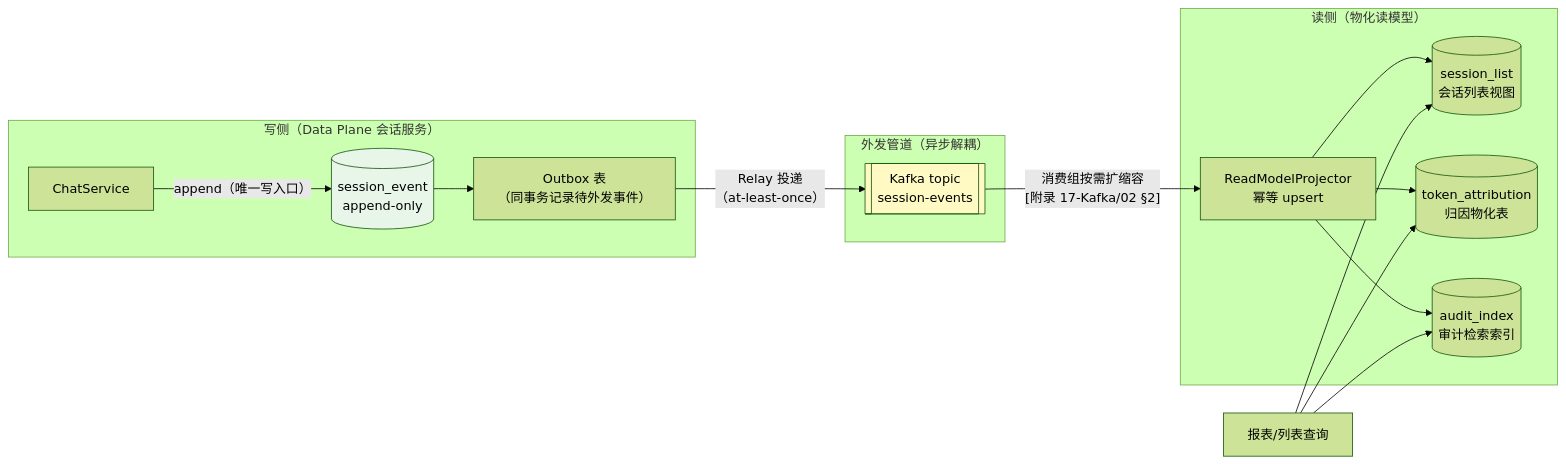
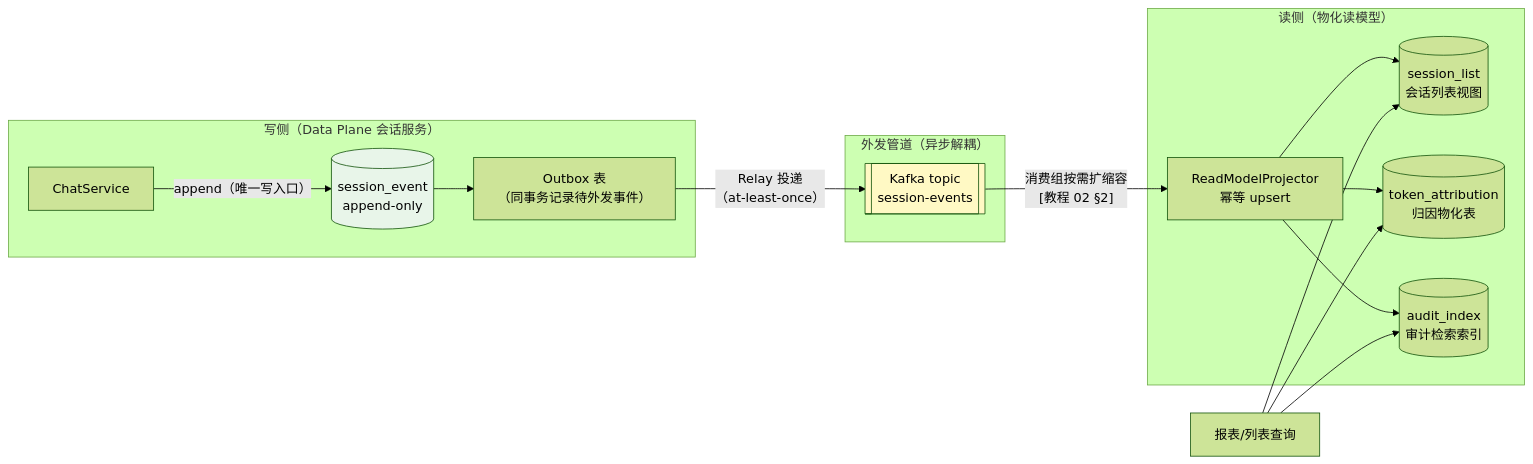
Before and after one commit to UranusGit/java-agent-learn: the third of 3 diagrams in docs/项目/13-事件溯源Agent运行时平台/11-快照与重放性能.md, drawn with Mermaid (forest theme). The commit also changed other lines of this file and 658 other files, not shown here.

````diff
--- a/docs/项目/13-事件溯源Agent运行时平台/11-快照与重放性能.md
+++ b/docs/项目/13-事件溯源Agent运行时平台/11-快照与重放性能.md
@@ -248,22 +248,22 @@
 ```mermaid
 flowchart LR
     subgraph W["写侧（Data Plane 会话服务）"]
         A["ChatService"] -->|"append（唯一写入口）"| B[("session_event<br/>append-only")]
         B --> C["Outbox 表<br/>（同事务记录待外发事件）"]
     end
     subgraph M["外发管道（异步解耦）"]
         C -->|"Relay 投递<br/>（at-least-once）"| D[["Kafka topic<br/>session-events"]]
     end
     subgraph R["读侧（物化读模型）"]
-        D -->|"消费组按需扩缩容<br/>[附录 17-Kafka/02 §2]"| E["ReadModelProjector<br/>幂等 upsert"]
+        D -->|"消费组按需扩缩容<br/>[教程 02 §2]"| E["ReadModelProjector<br/>幂等 upsert"]
         E --> F[("session_list<br/>会话列表视图")]
         E --> G[("token_attribution<br/>归因物化表")]
         E --> H[("audit_index<br/>审计检索索引")]
     end
     I["报表/列表查询"] --> F
     I --> G
     I --> H
 
     style B fill:#e8f5e9
     style D fill:#fff9c4
 ```
````
